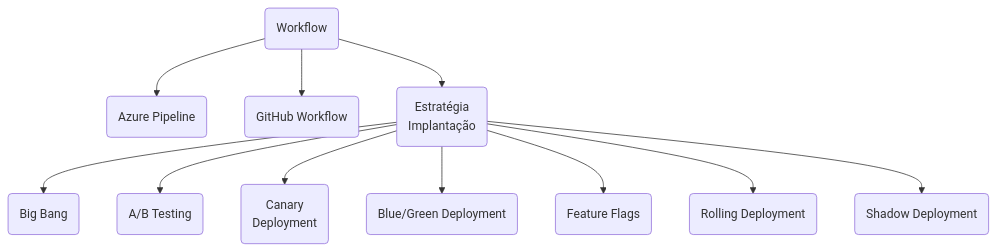
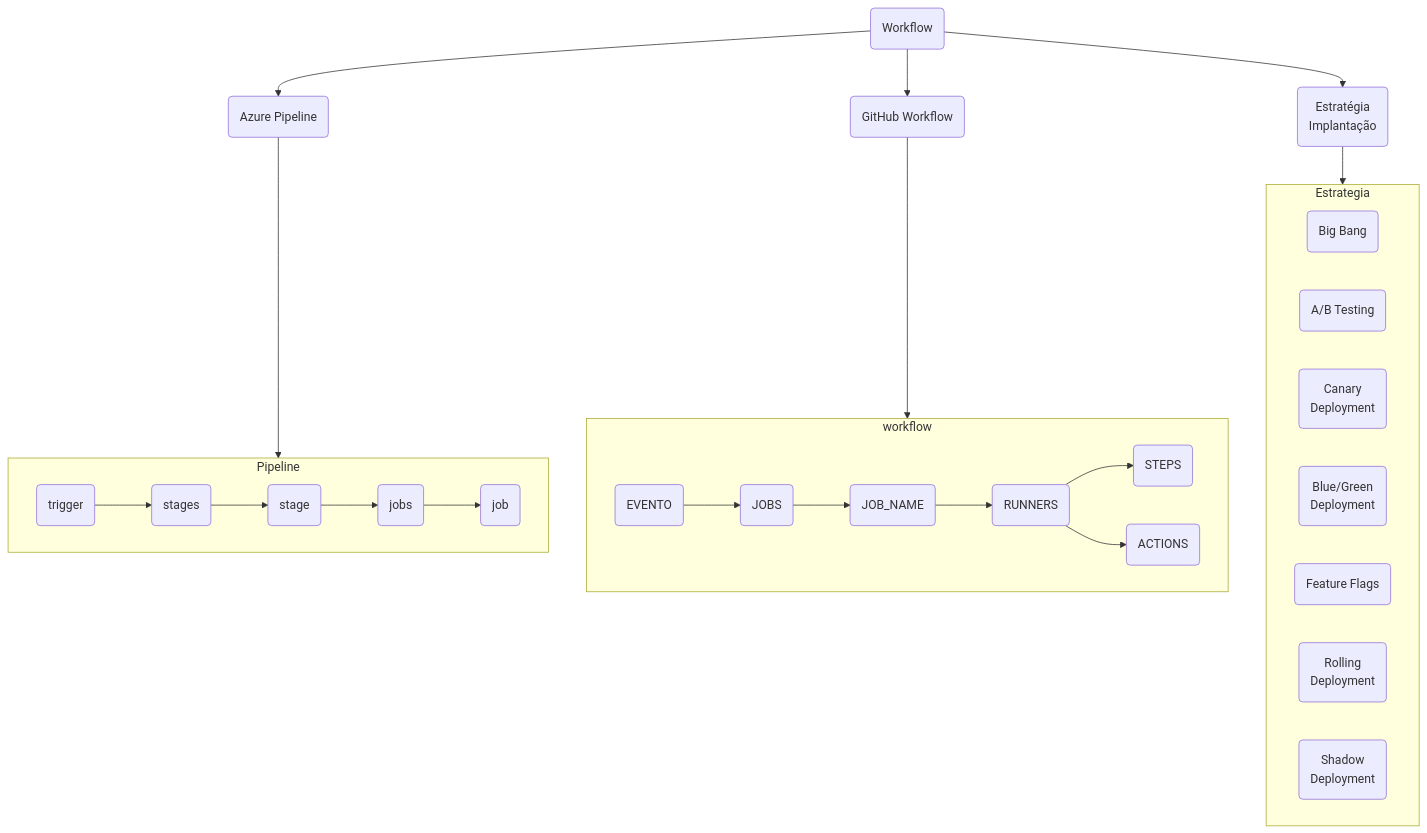
One commit to 60pportunities/documentacao changed the eighth of 17 diagrams in docs/recipe_60pportunities_felicidade_003.md. Above: the diagram before and after it, drawn with Mermaid. The commit also changed other lines of this file and 2 other files, not shown here.

````diff
--- a/docs/recipe_60pportunities_felicidade_003.md
+++ b/docs/recipe_60pportunities_felicidade_003.md
@@ -66,5 +105,17 @@
 ```mermaid
 flowchart TD
    id8(Workflow)  --> id801(Azure Pipeline) & id802(GitHub Workflow) & id803(Estratégia</br>Implantação)
-   id803 --> id80301(Big Bang) & id80302(A/B Testing) & id80303(Canary</br>Deployment) & id80304(Blue/Green Deployment) & id80305(Feature Flags) & id80306(Rolling Deployment) & id80307(Shadow Deployment) 
+   subgraph Estrategia
+    direction LR
+    id80301(Big Bang) & id80302(A/B Testing) & id80303(Canary</br>Deployment) & id80304(Blue/Green</br>Deployment) & id80305(Feature Flags) & id80306(Rolling</br>Deployment) & id80307(Shadow</br>Deployment)
+   end
+   subgraph workflow
+    id80400(EVENTO) --> id80401(JOBS) --> id80402(JOB_NAME) --> id80403(RUNNERS) --> id80404(STEPS) & id80405(ACTIONS)
+   end
+   subgraph Pipeline
+    id80200(trigger) --> id80201(stages) --> id80202(stage) --> id80203(jobs) --> id80204(job)
+   end
+   id803 --> Estrategia
+   id802 --> workflow
+   id801 --> Pipeline
 ```
````
